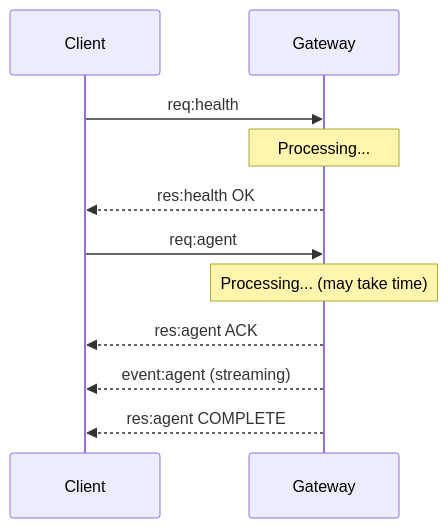
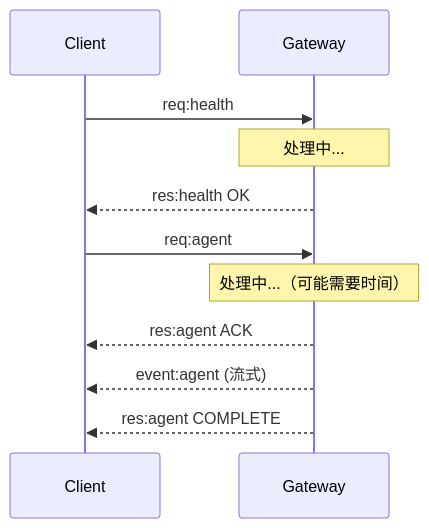
One commit to a576378368/openclaw_docs changed the second of 3 diagrams in docs/zh/architecture-book/part-4-gateway-protocol/04-events-and-rpc.md. Above: the diagram before and after it, drawn with Mermaid. The commit also changed other lines of this file and 4 other files, not shown here.

````diff
--- a/docs/zh/architecture-book/part-4-gateway-protocol/04-events-and-rpc.md
+++ b/docs/zh/architecture-book/part-4-gateway-protocol/04-events-and-rpc.md
@@ -41,15 +41,15 @@
 ```mermaid
 sequenceDiagram
     participant Client
     participant Gateway
 
     Client->>Gateway: req:health
-    Note over Gateway: Processing...
+    Note over Gateway: 处理中...
     Gateway-->>Client: res:health OK
 
     Client->>Gateway: req:agent
-    Note over Gateway: Processing... (may take time)
+    Note over Gateway: 处理中...（可能需要时间）
     Gateway-->>Client: res:agent ACK
-    Gateway-->>Client: event:agent (streaming)
+    Gateway-->>Client: event:agent (流式)
     Gateway-->>Client: res:agent COMPLETE
 ```
````
